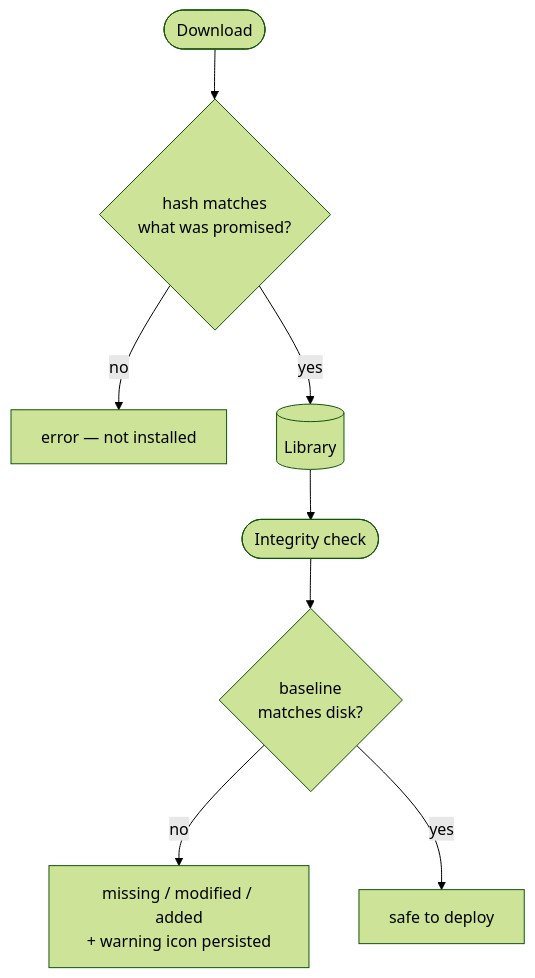
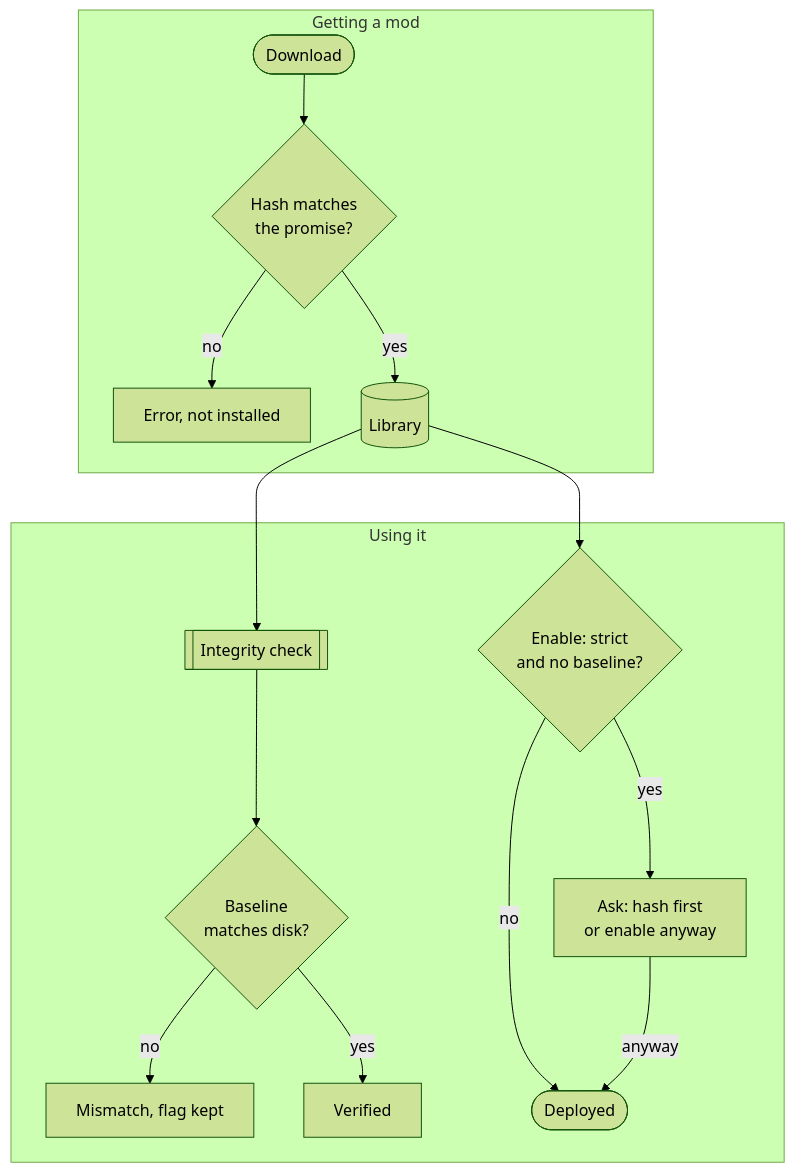
One commit to FreeProject089/BetterModsManager changed the second of 2 diagrams in frontend/assets/docs/en/how-it-works/integrity-hashing.md. Above: the diagram before and after it, drawn with Mermaid (forest theme). The commit also changed other lines of this file and 176 other files, not shown here.

````diff
--- a/frontend/assets/docs/en/how-it-works/integrity-hashing.md
+++ b/frontend/assets/docs/en/how-it-works/integrity-hashing.md
@@ -132,9 +168,18 @@
 ```mermaid
-flowchart TB
-    DL([Download]) --> V1{"hash matches<br/>what was promised?"}
-    V1 -- no --> HALT["error — not installed"]
-    V1 -- yes --> LIB[(Library)]
-    LIB --> CHK([Integrity check]) --> V2{"baseline<br/>matches disk?"}
-    V2 -- no --> FLAG["missing / modified / added<br/>+ warning icon persisted"]
-    V2 -- yes --> GAME["safe to deploy"]
+flowchart TD
+    subgraph IN["Getting a mod"]
+        DL([Download]) --> V1{"Hash matches<br/>the promise?"}
+        V1 -- no --> HALT["Error, not installed"]
+        V1 -- yes --> LIB[(Library)]
+    end
+    subgraph USE["Using it"]
+        LIB --> CHK[[Integrity check]]
+        CHK --> V2{"Baseline<br/>matches disk?"}
+        V2 -- no --> FLAG["Mismatch, flag kept"]
+        V2 -- yes --> SAFE["Verified"]
+        LIB --> EN{"Enable: strict<br/>and no baseline?"}
+        EN -- yes --> ASK["Ask: hash first<br/>or enable anyway"]
+        EN -- no --> GAME([Deployed])
+        ASK -- anyway --> GAME
+    end
 ```
````
